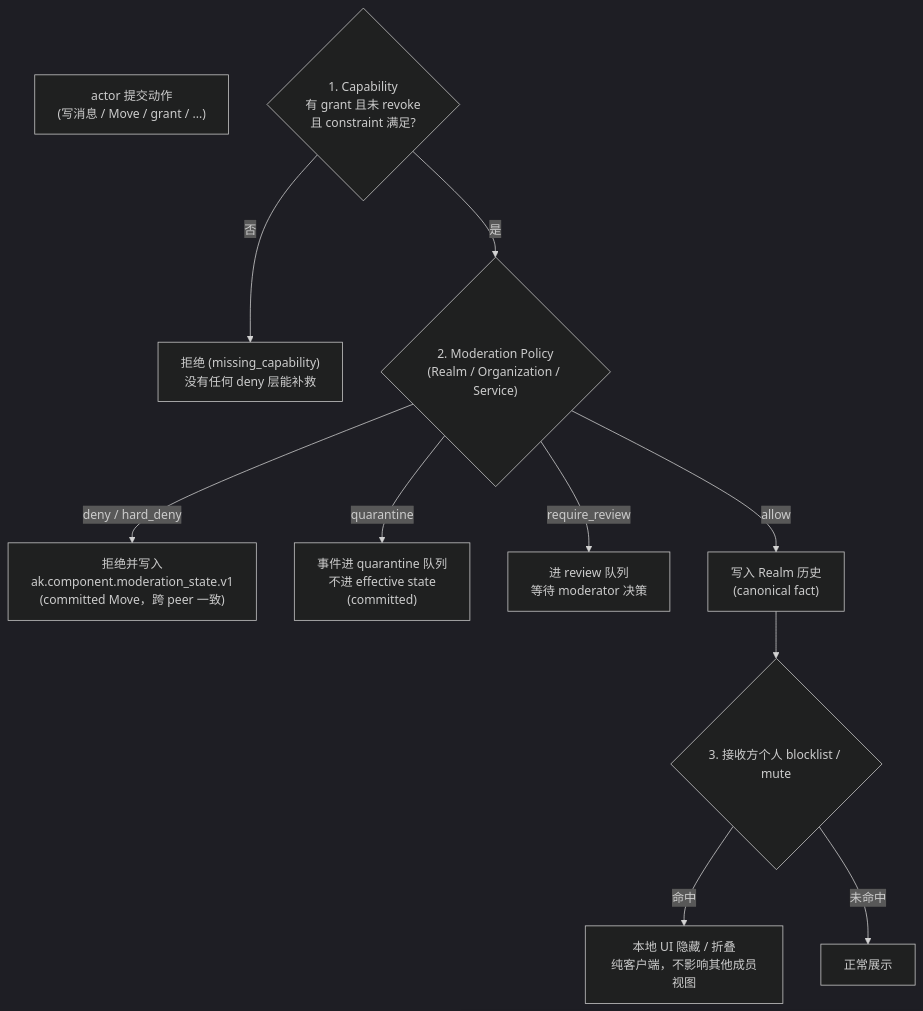
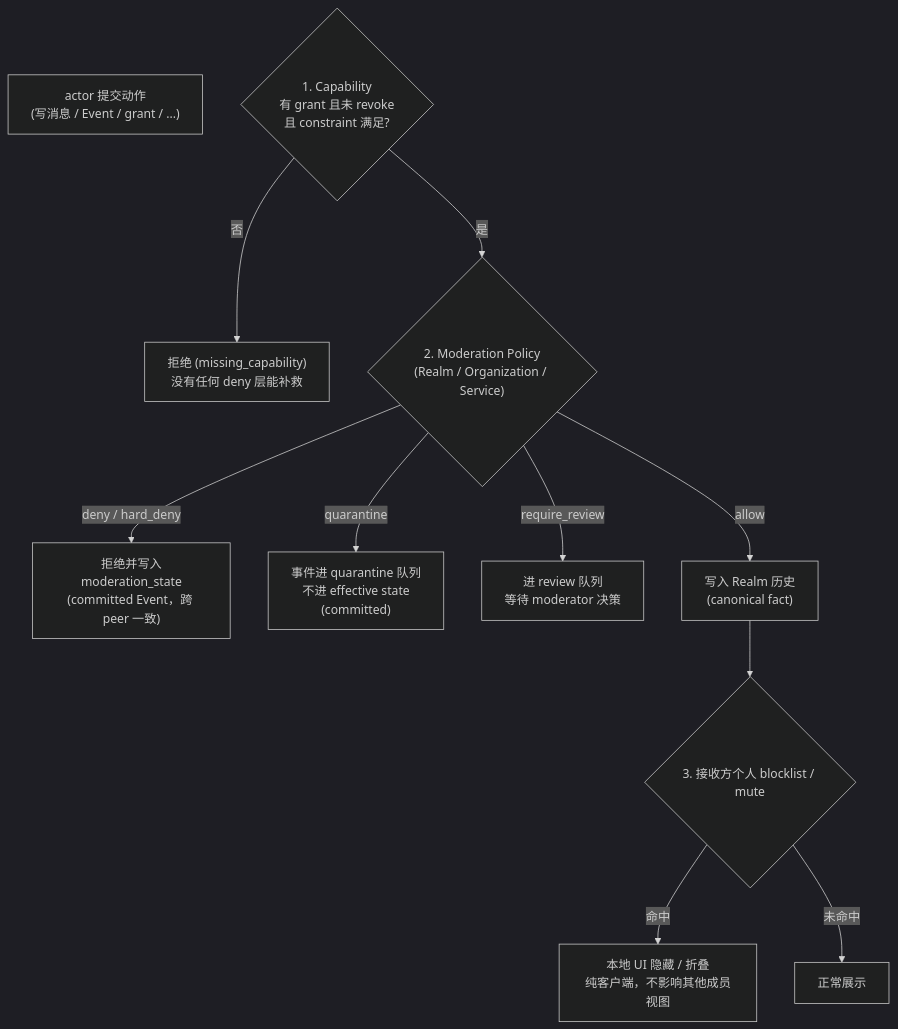
Before and after one commit to arkret-org/arkret-spec: the diagram in spec/v1/zh/governance/content-moderation.md, drawn with Mermaid (dark theme). The commit also changed other lines of this file and 255 other files, not shown here.

````diff
--- a/spec/v1/zh/governance/content-moderation.md
+++ b/spec/v1/zh/governance/content-moderation.md
@@ -53,17 +53,17 @@
 ```mermaid
 flowchart TB
-    Action["actor 提交动作<br>(写消息 / Move / grant / ...)"]
+    Action["actor 提交动作<br>(写消息 / Event / grant / ...)"]
 
     Cap{"1. Capability<br>有 grant 且未 revoke<br>且 constraint 满足?"}
     Cap -- "否" --> DenyCap["拒绝 (missing_capability)<br>没有任何 deny 层能补救"]
     Cap -- "是" --> Mod{"2. Moderation Policy<br>(Realm / Organization / Service)"}
 
-    Mod -- "deny / hard_deny" --> DenyMod["拒绝并写入<br>ak.component.moderation_state.v1<br>(committed Move，跨 peer 一致)"]
+    Mod -- "deny / hard_deny" --> DenyMod["拒绝并写入<br>moderation_state<br>(committed Event，跨 peer 一致)"]
     Mod -- "quarantine" --> Quar["事件进 quarantine 队列<br>不进 effective state<br>(committed)"]
     Mod -- "require_review" --> Rev["进 review 队列<br>等待 moderator 决策"]
     Mod -- "allow" --> Stored["写入 Realm 历史<br>(canonical fact)"]
 
     Stored --> View{"3. 接收方个人 blocklist / mute"}
     View -- "命中" --> Hidden["本地 UI 隐藏 / 折叠<br>纯客户端，不影响其他成员视图"]
     View -- "未命中" --> Show["正常展示"]
 ```
````
